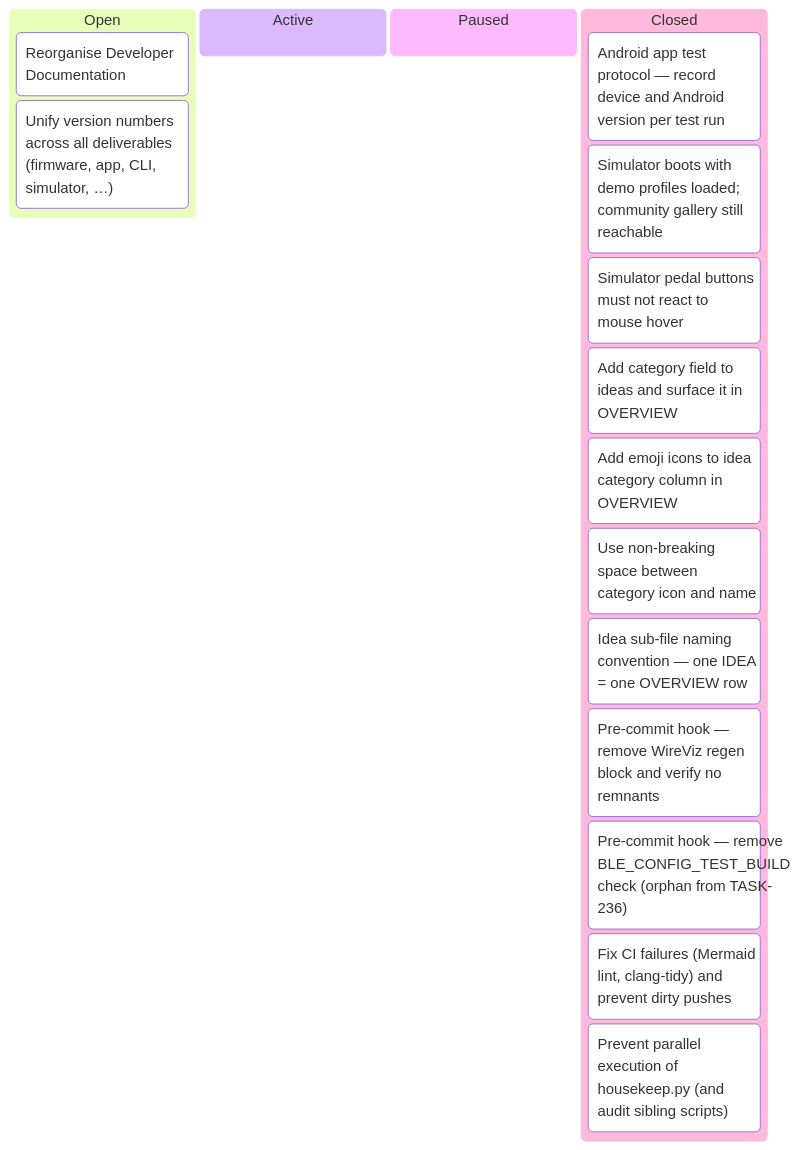
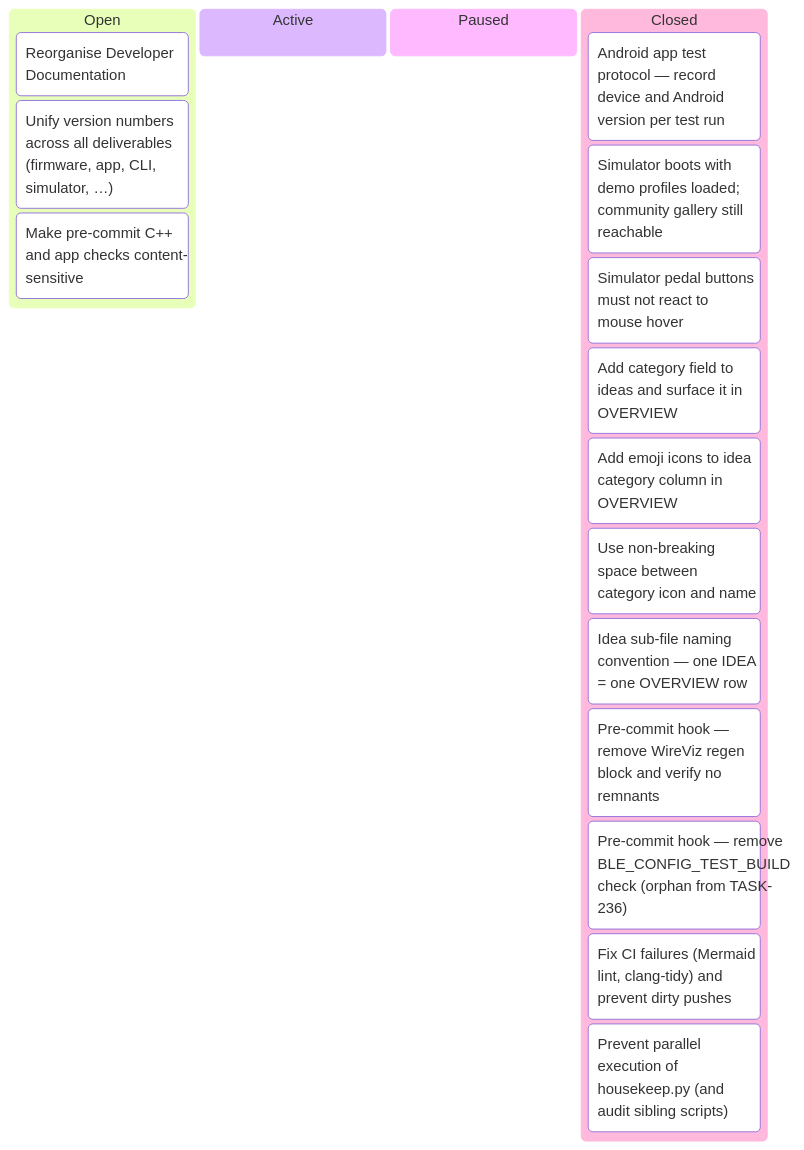
Before and after one commit to tgd1975/AwesomeStudioPedal: the seventh of 7 diagrams in docs/developers/tasks/KANBAN.md, drawn with Mermaid. The commit also changed other lines of this file and 5 other files, not shown here.

````diff
--- a/docs/developers/tasks/KANBAN.md
+++ b/docs/developers/tasks/KANBAN.md
@@ -113,20 +113,21 @@
 ```mermaid
 kanban
   Open
     TASK_148["Reorganise Developer Documentation"]
     TASK_260["Unify version numbers across all deliverables (firmware, app, CLI, simulator, …)"]
+    TASK_346["Make pre-commit C++ and app checks content-sensitive"]
   Active
   Paused
   Closed
     TASK_259["Android app test protocol — record device and Android version per test run"]
     TASK_303["Simulator boots with demo profiles loaded; community gallery still reachable"]
     TASK_304["Simulator pedal buttons must not react to mouse hover"]
     TASK_305["Add category field to ideas and surface it in OVERVIEW"]
     TASK_313["Add emoji icons to idea category column in OVERVIEW"]
     TASK_314["Use non-breaking space between category icon and name"]
     TASK_315["Idea sub-file naming convention — one IDEA = one OVERVIEW row"]
     TASK_319["Pre-commit hook — remove WireViz regen block and verify no remnants"]
     TASK_320["Pre-commit hook — remove BLE_CONFIG_TEST_BUILD check (orphan from TASK-236)"]
     TASK_321["Fix CI failures (Mermaid lint, clang-tidy) and prevent dirty pushes"]
     TASK_328["Prevent parallel execution of housekeep.py (and audit sibling scripts)"]
 ```
````
